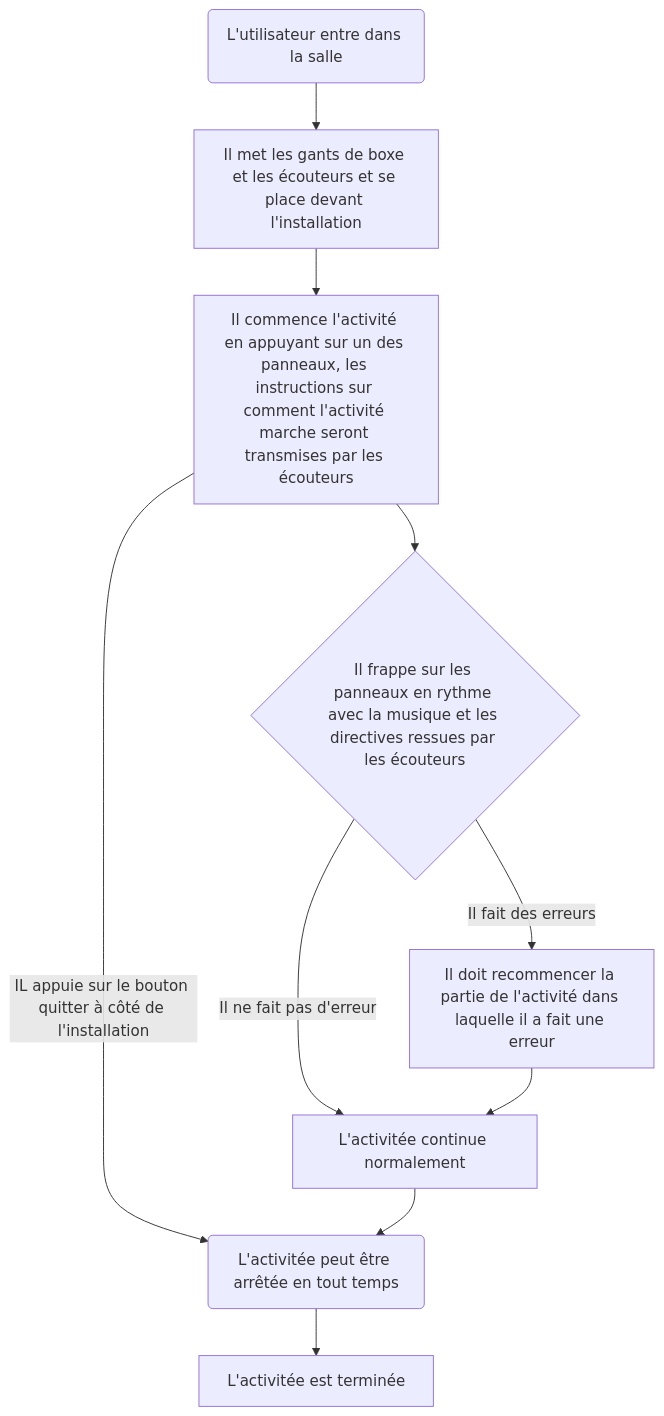
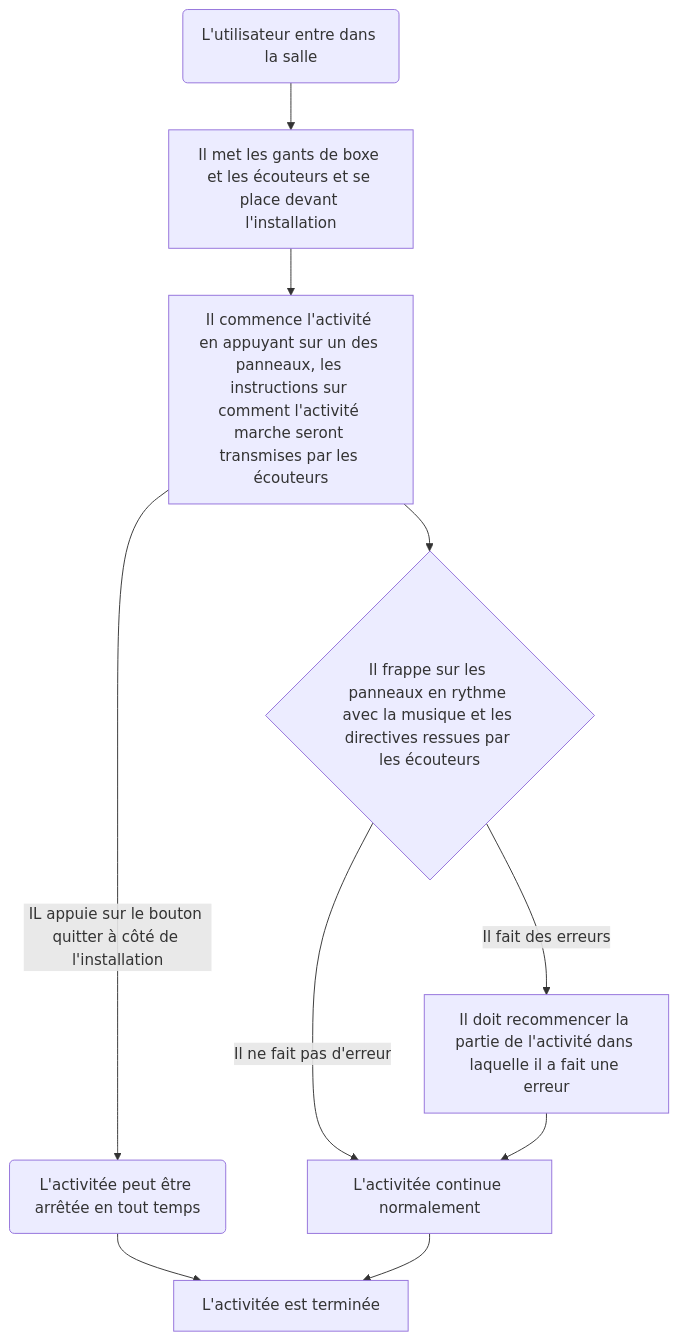
One commit to samesthumain/sac-de-sable changed the diagram in README.md. Above: the diagram before and after it, drawn with Mermaid.

````diff
--- a/README.md
+++ b/README.md
@@ -19,13 +19,13 @@
 ```mermaid
 flowchart TD
     A(L'utilisateur entre dans la salle) --> B[Il met les gants de boxe et les écouteurs et se place devant l'installation]
     B --> C[Il commence l'activité en appuyant sur un des panneaux, les instructions sur comment l'activité marche seront transmises par les écouteurs]
     C --> D{Il frappe sur les panneaux en rythme avec la musique et les directives ressues par les écouteurs}
     D -->|Il ne fait pas d'erreur| E[L'activitée continue normalement]
 D -->|Il fait des erreurs| F[Il doit recommencer la partie de l'activité dans laquelle il a fait une erreur]
 F --> E
     C -->|IL appuie sur le bouton quitter à côté de l'installation| G(L'activitée peut être arrêtée en tout temps)
     G --> H[L'activitée est terminée]
-E --> G
+E --> H
 
 ```
````
